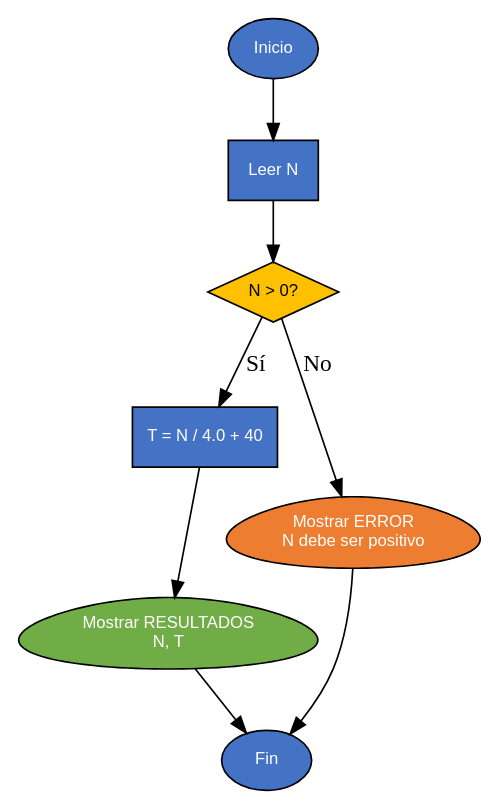
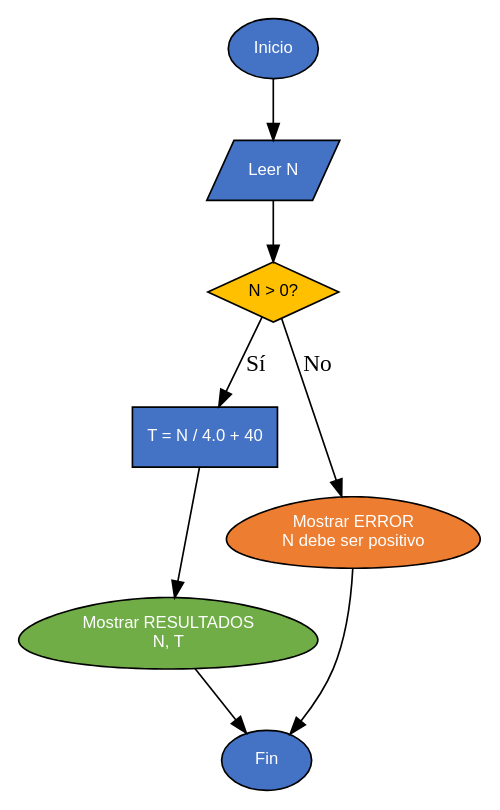
The diagram in Diagramas/problema-2-1-pag-77.dot (ISAIMCH/EjerciciosJava), drawn with Graphviz before and after one commit. The commit also changed 11 other files, not shown here.

Commit message:
Modificaciones en diagrams

```diff
--- a/Diagramas/problema-2-1-pag-77.dot
+++ b/Diagramas/problema-2-1-pag-77.dot
@@ -1,38 +1,38 @@
 digraph Problema_2_1_PAG_77 {
     rankdir=TB;
     node [fontname="Arial" fontsize=10];
     
     // Inicio/Fin (Óvalo - ellipse)
     inicio [shape=ellipse label="Inicio" style=filled fillcolor="#4472C4" fontcolor=white];
     
     // Entrada de datos (Rectángulos - box)
-    entrada [shape=box label="Leer N" style=filled fillcolor="#4472C4" fontcolor=white];
+    entrada [shape=parallelogram label="Leer N" style=filled fillcolor="#4472C4" fontcolor=white];
     
     // Decisión (Rombo - diamond)
     decision [shape=diamond label="N > 0?" style=filled fillcolor="#FFC000" fontcolor=black];
     
     // Procesos (Rectángulos - box)
     proceso [shape=box label="T = N / 4.0 + 40" style=filled fillcolor="#4472C4" fontcolor=white];
     
     // Salida válida (Egg shape)
     salida_valida [shape=egg label="Mostrar RESULTADOS\nN, T" style=filled fillcolor="#70AD47" fontcolor=white];
     
     // Salida error (Egg shape en naranja)
     salida_error [shape=egg label="Mostrar ERROR\nN debe ser positivo" style=filled fillcolor="#ED7D31" fontcolor=white];
     
     // Fin
     fin [shape=ellipse label="Fin" style=filled fillcolor="#4472C4" fontcolor=white];
     
     // Conexiones con flechas
     inicio -> entrada;
     entrada -> decision;
     
     // Rama Sí (N > 0)
     decision -> proceso [label="Sí"];
     proceso -> salida_valida;
     salida_valida -> fin;
     
     // Rama No (N ≤ 0)
     decision -> salida_error [label="No"];
     salida_error -> fin;
 }
```
